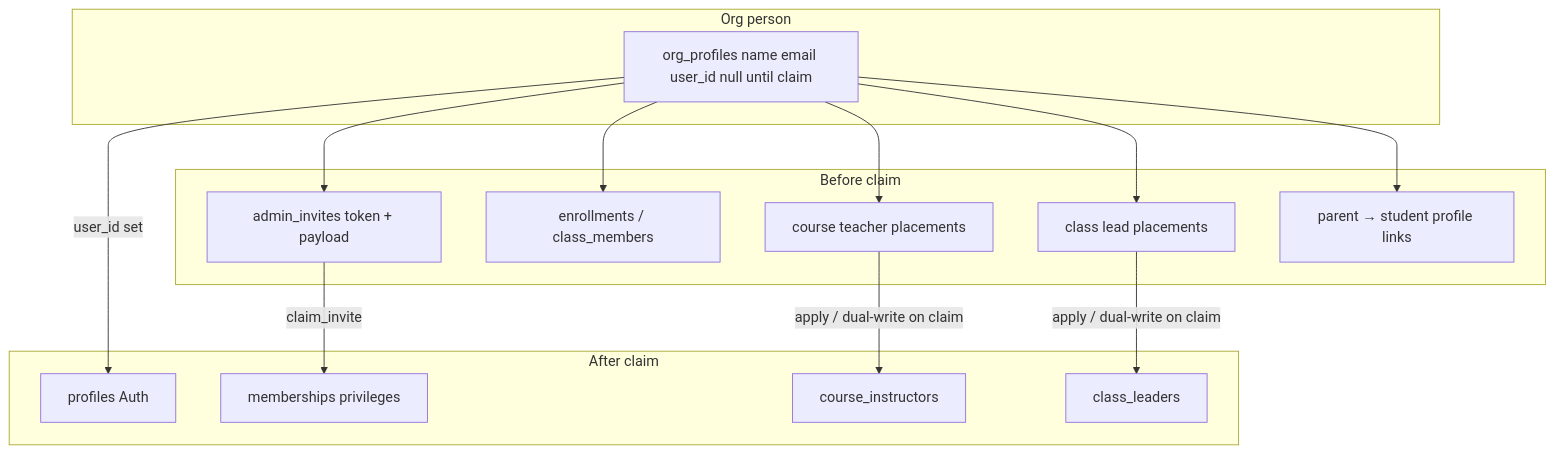
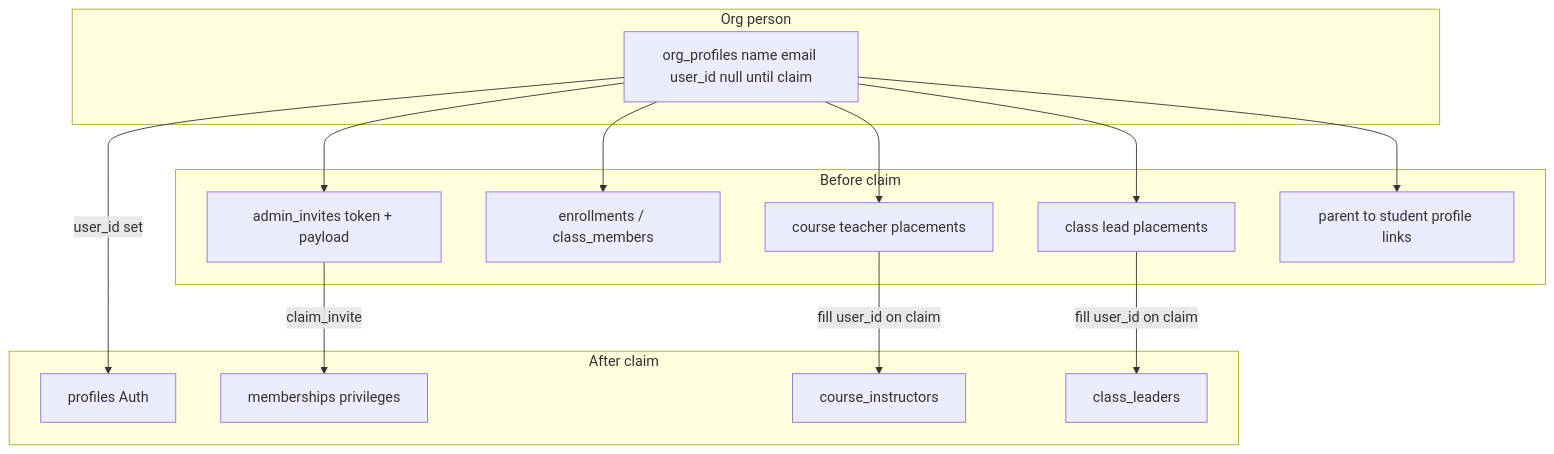
One commit to lukeharwood11/coursewright.com changed the second of 2 diagrams in docs/plans/ORG_PROFILES.md. Above: the diagram before and after it, drawn with Mermaid. The commit also changed other lines of this file and 59 other files, not shown here.

````diff
--- a/docs/plans/ORG_PROFILES.md
+++ b/docs/plans/ORG_PROFILES.md
@@ -54,28 +121,28 @@
 ```mermaid
 flowchart TB
   subgraph person [Org person]
     OP[org_profiles name email user_id null until claim]
   end
   subgraph before [Before claim]
     AI[admin_invites token + payload]
     ENR[enrollments / class_members]
     PC[course teacher placements]
     PL[class lead placements]
-    PSL[parent → student profile links]
+    PSL[parent to student profile links]
   end
   subgraph after [After claim]
     AUTH[profiles Auth]
     M[memberships privileges]
     CI[course_instructors]
     CL[class_leaders]
   end
   OP --> AI
   OP --> ENR
   OP --> PC
   OP --> PL
   OP --> PSL
   AI -->|claim_invite| M
   OP -->|user_id set| AUTH
-  PC -->|apply / dual-write on claim| CI
-  PL -->|apply / dual-write on claim| CL
+  PC -->|fill user_id on claim| CI
+  PL -->|fill user_id on claim| CL
 ```
````
